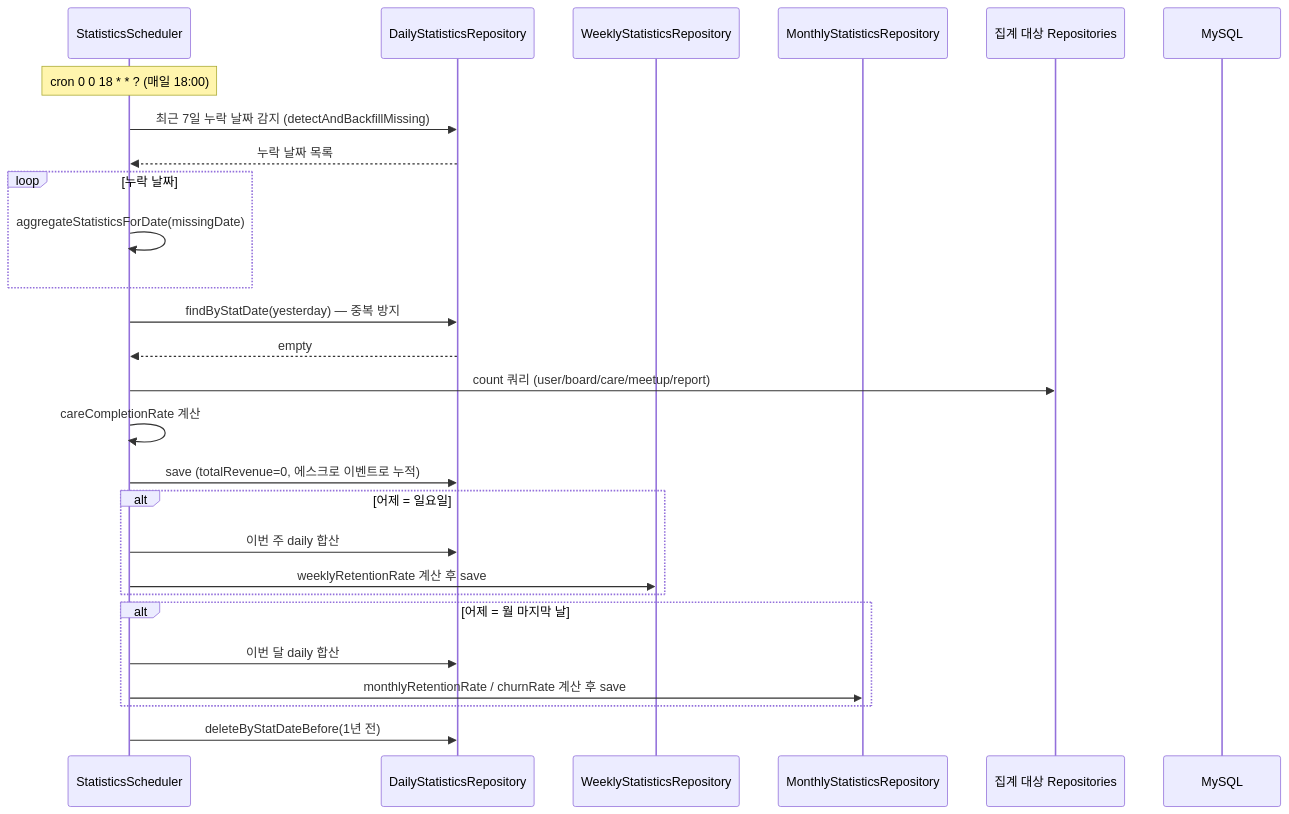
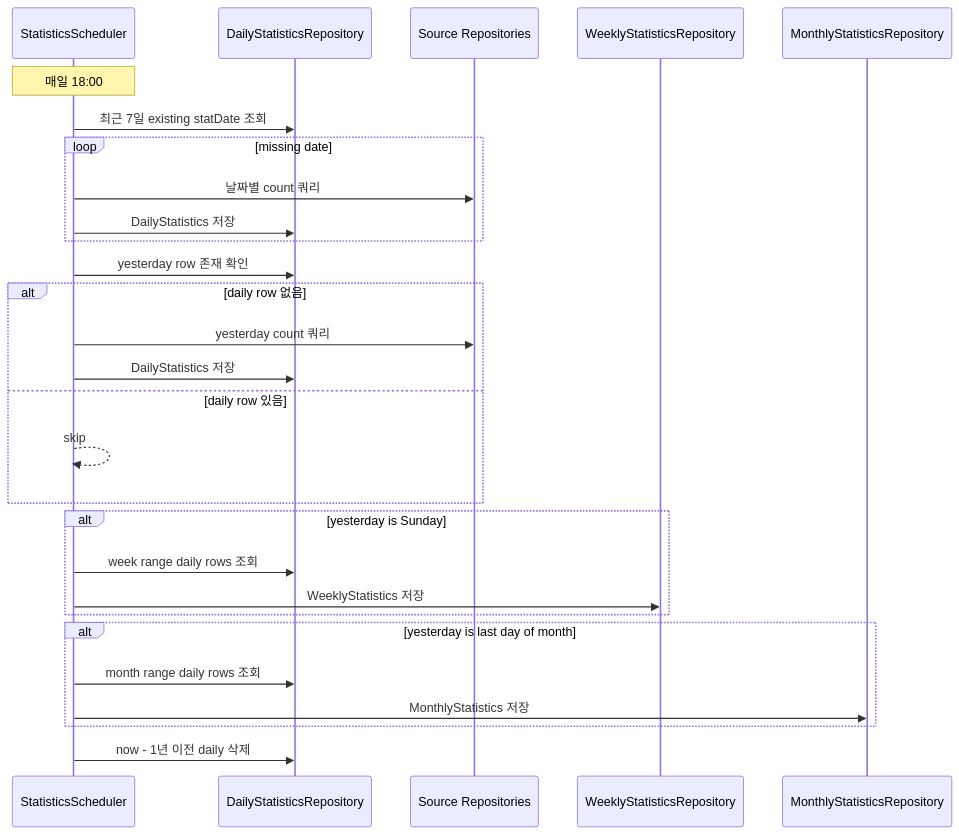
Before and after one commit to makkong1/Petory: the third of 7 diagrams in docs/architecture/관리자 대시보드 & 통계 시스템 아키텍처.md, drawn with Mermaid. The commit also changed other lines of this file and 44 other files, not shown here.

````diff
--- a/docs/architecture/관리자 대시보드 & 통계 시스템 아키텍처.md
+++ b/docs/architecture/관리자 대시보드 & 통계 시스템 아키텍처.md
@@ -311,35 +83,31 @@
 ```mermaid
 sequenceDiagram
-    participant Scheduler as StatisticsScheduler
-    participant DailyRepo as DailyStatisticsRepository
-    participant WeeklyRepo as WeeklyStatisticsRepository
-    participant MonthlyRepo as MonthlyStatisticsRepository
-    participant Repos as 집계 대상 Repositories
-    participant MySQL as MySQL
+  participant SCH as StatisticsScheduler
+  participant Daily as DailyStatisticsRepository
+  participant Sources as Source Repositories
+  participant Weekly as WeeklyStatisticsRepository
+  participant Monthly as MonthlyStatisticsRepository
 
-    Note over Scheduler: cron 0 0 18 * * ? (매일 18:00)
-
-    Scheduler->>DailyRepo: 최근 7일 누락 날짜 감지 (detectAndBackfillMissing)
-    DailyRepo-->>Scheduler: 누락 날짜 목록
-    loop 누락 날짜
-        Scheduler->>Scheduler: aggregateStatisticsForDate(missingDate)
-    end
-
-    Scheduler->>DailyRepo: findByStatDate(yesterday) — 중복 방지
-    DailyRepo-->>Scheduler: empty
-    Scheduler->>Repos: count 쿼리 (user/board/care/meetup/report)
-    Scheduler->>Scheduler: careCompletionRate 계산
-    Scheduler->>DailyRepo: save (totalRevenue=0, 에스크로 이벤트로 누적)
-
-    alt 어제 = 일요일
-        Scheduler->>DailyRepo: 이번 주 daily 합산
-        Scheduler->>WeeklyRepo: weeklyRetentionRate 계산 후 save
-    end
-
-    alt 어제 = 월 마지막 날
-        Scheduler->>DailyRepo: 이번 달 daily 합산
-        Scheduler->>MonthlyRepo: monthlyRetentionRate / churnRate 계산 후 save
-    end
-
-    Scheduler->>DailyRepo: deleteByStatDateBefore(1년 전)
+  Note over SCH: 매일 18:00
+  SCH->>Daily: 최근 7일 existing statDate 조회
+  loop missing date
+    SCH->>Sources: 날짜별 count 쿼리
+    SCH->>Daily: DailyStatistics 저장
+  end
+  SCH->>Daily: yesterday row 존재 확인
+  alt daily row 없음
+    SCH->>Sources: yesterday count 쿼리
+    SCH->>Daily: DailyStatistics 저장
+  else daily row 있음
+    SCH-->>SCH: skip
+  end
+  alt yesterday is Sunday
+    SCH->>Daily: week range daily rows 조회
+    SCH->>Weekly: WeeklyStatistics 저장
+  end
+  alt yesterday is last day of month
+    SCH->>Daily: month range daily rows 조회
+    SCH->>Monthly: MonthlyStatistics 저장
+  end
+  SCH->>Daily: now - 1년 이전 daily 삭제
 ```
````
